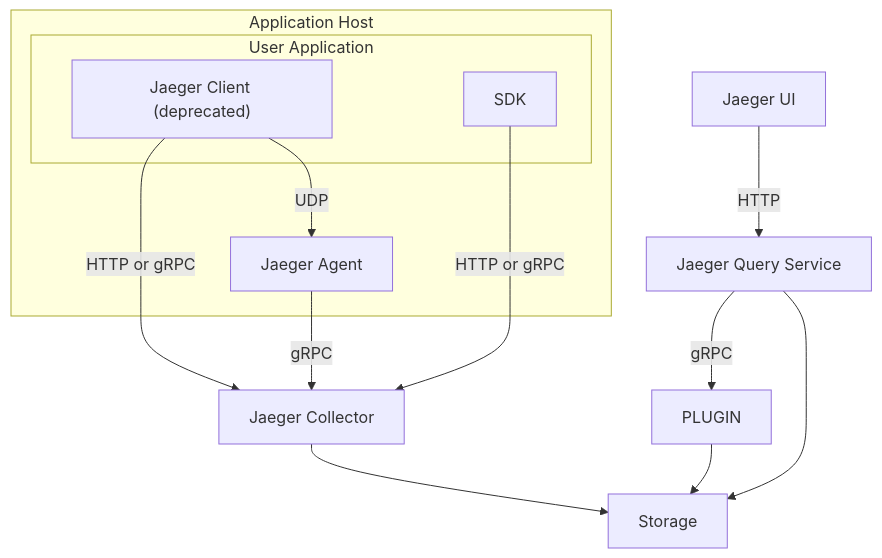
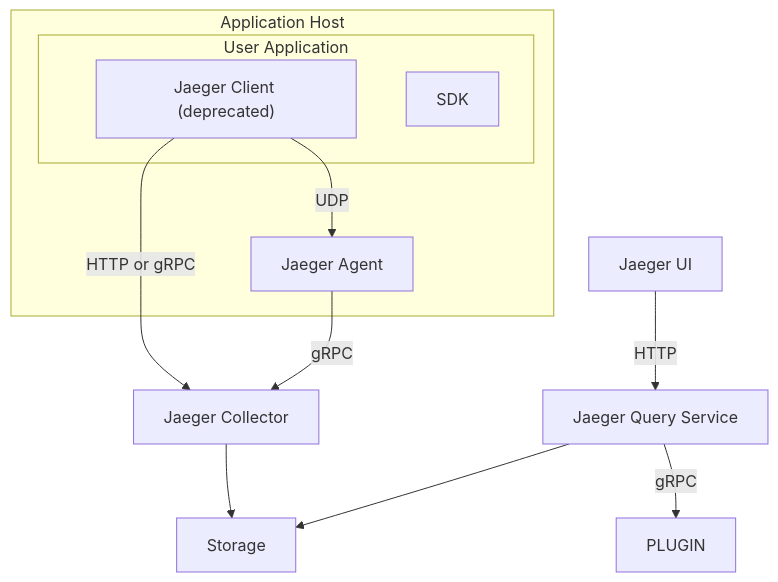
One commit to thienkb1123/docker-note changed the diagram in README.md. Above: the diagram before and after it, drawn with Mermaid.

````diff
--- a/README.md
+++ b/README.md
@@ -7,21 +7,19 @@
 ```mermaid
 graph TD
     LIB --> |HTTP or gRPC| COLLECTOR
     LIB["Jaeger Client (deprecated)"] --> |UDP| AGENT[Jaeger Agent]
     %% AGENT --> |HTTP/sampling| LIB
     AGENT --> |gRPC| COLLECTOR[Jaeger Collector]
     %% COLLECTOR --> |gRPC/sampling| AGENT
-    SDK --> |HTTP or gRPC| COLLECTOR
     COLLECTOR --> STORE[Storage]
-    PLUGIN --> STORE
     QUERY[Jaeger Query Service] --> STORE
     QUERY --> |gRPC| PLUGIN
     UI[Jaeger UI] --> |HTTP| QUERY
     subgraph Application Host
         subgraph User Application
             LIB
             SDK
         end
         AGENT
     end
 ```
````
